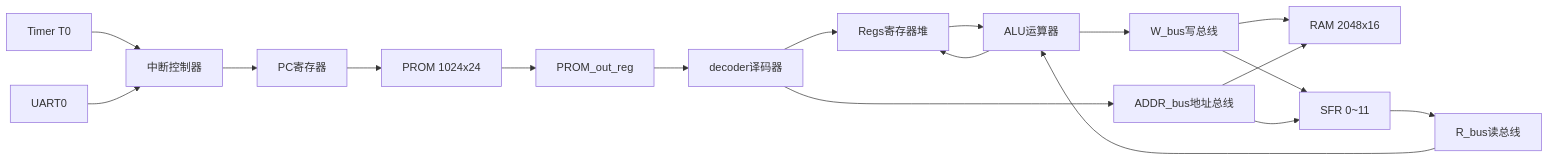
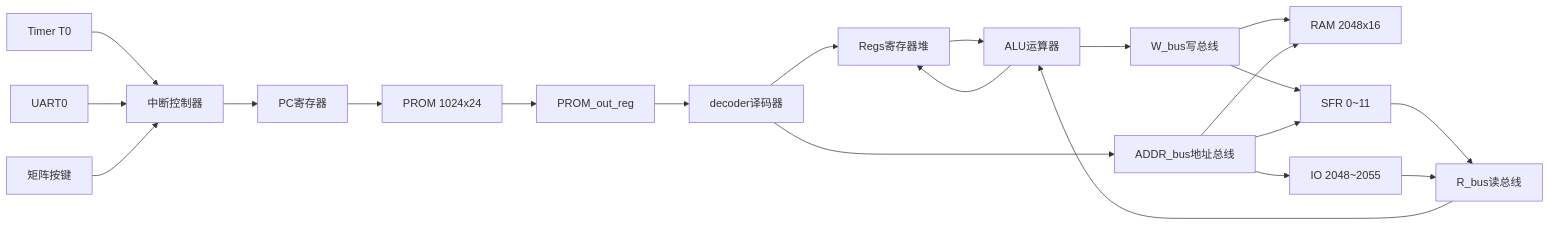
The diagram in README.md (Bulehopejiang/HMC8), drawn with Mermaid before and after one commit. The commit also changed other lines of this file and 29 other files, not shown here.

````diff
--- a/README.md
+++ b/README.md
@@ -88,20 +166,23 @@
 ```mermaid
 graph LR
     PC[PC寄存器] --> PROM[PROM 1024x24]
     PROM --> IR[PROM_out_reg]
     IR --> DEC[decoder译码器]
     DEC --> RF[Regs寄存器堆]
     RF --> ALU[ALU运算器]
     ALU --> RF
     ALU --> BUS[W_bus写总线]
     BUS --> RAM[RAM 2048x16]
     BUS --> SFR[SFR 0~11]
     SFR --> RBUS[R_bus读总线]
     RBUS --> ALU
     DEC --> ADDR[ADDR_bus地址总线]
     ADDR --> RAM
     ADDR --> SFR
+    ADDR --> IO[IO 2048~2055]
+    IO --> RBUS
     INT[中断控制器] --> PC
     T0[Timer T0] --> INT
     UART[UART0] --> INT
+    KEY[矩阵按键] --> INT
 ```
````
